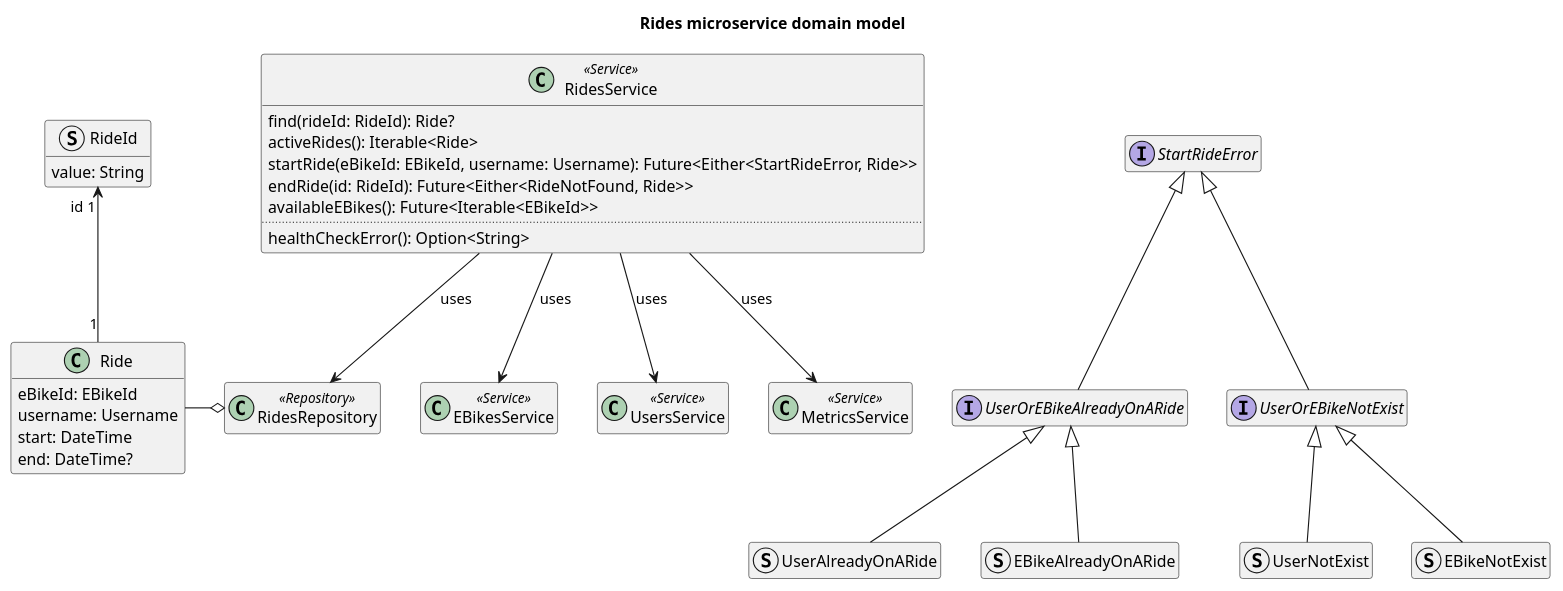
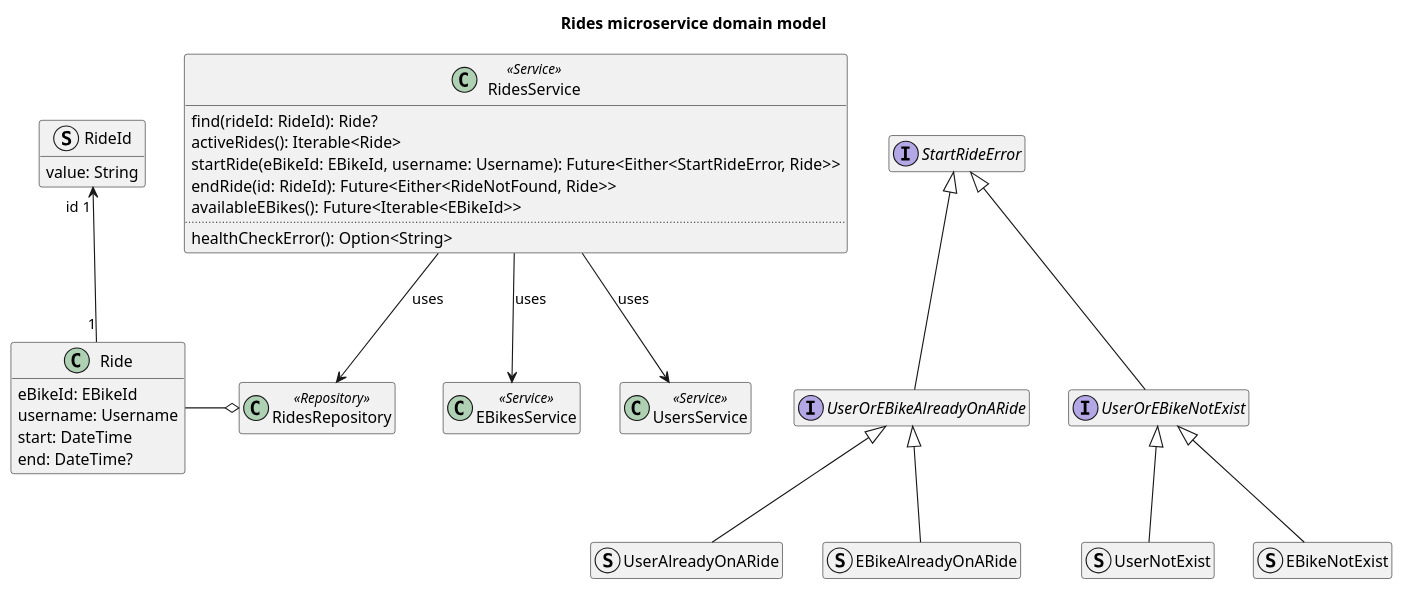
Before and after one commit to Ventus218/SAP-assignment-03: the diagram in doc/diagrams/src/rides-microservice-domain-model.puml, drawn with PlantUML. The commit also changed 16 other files, not shown here.

Commit message:
removed stuff about metrics service from doc

```diff
--- a/doc/diagrams/src/rides-microservice-domain-model.puml
+++ b/doc/diagrams/src/rides-microservice-domain-model.puml
@@ -1,52 +1,49 @@
 @startuml rides-microservice-domain-model
 
 title Rides microservice domain model
 
 class Ride {
     eBikeId: EBikeId
     username: Username
     start: DateTime
     end: DateTime?
 }
 struct RideId {
     value: String
 }
 Ride "1" -u-> "id 1" RideId
 
 class RidesRepository <<Repository>>
 RidesRepository o-l- Ride
 
 class RidesService <<Service>> {
     find(rideId: RideId): Ride?
     activeRides(): Iterable<Ride>
     startRide(eBikeId: EBikeId, username: Username): Future<Either<StartRideError, Ride>>
     endRide(id: RideId): Future<Either<RideNotFound, Ride>>
     availableEBikes(): Future<Iterable<EBikeId>>
     ..
     healthCheckError(): Option<String>
 }
 
 RidesService --> RidesRepository : "uses"
 
 class EBikesService <<Service>>
 RidesService --> EBikesService : "uses"
 
 class UsersService <<Service>>
 RidesService --> UsersService : "uses"
 
-class MetricsService <<Service>>
-RidesService --> MetricsService : "uses"
-
 interface StartRideError
 
 interface UserOrEBikeAlreadyOnARide extends StartRideError
 struct UserAlreadyOnARide extends UserOrEBikeAlreadyOnARide
 struct EBikeAlreadyOnARide extends UserOrEBikeAlreadyOnARide
 
 interface UserOrEBikeNotExist extends StartRideError
 struct UserNotExist extends UserOrEBikeNotExist
 struct EBikeNotExist extends UserOrEBikeNotExist
 
 hide empty members
 
 @enduml
```
